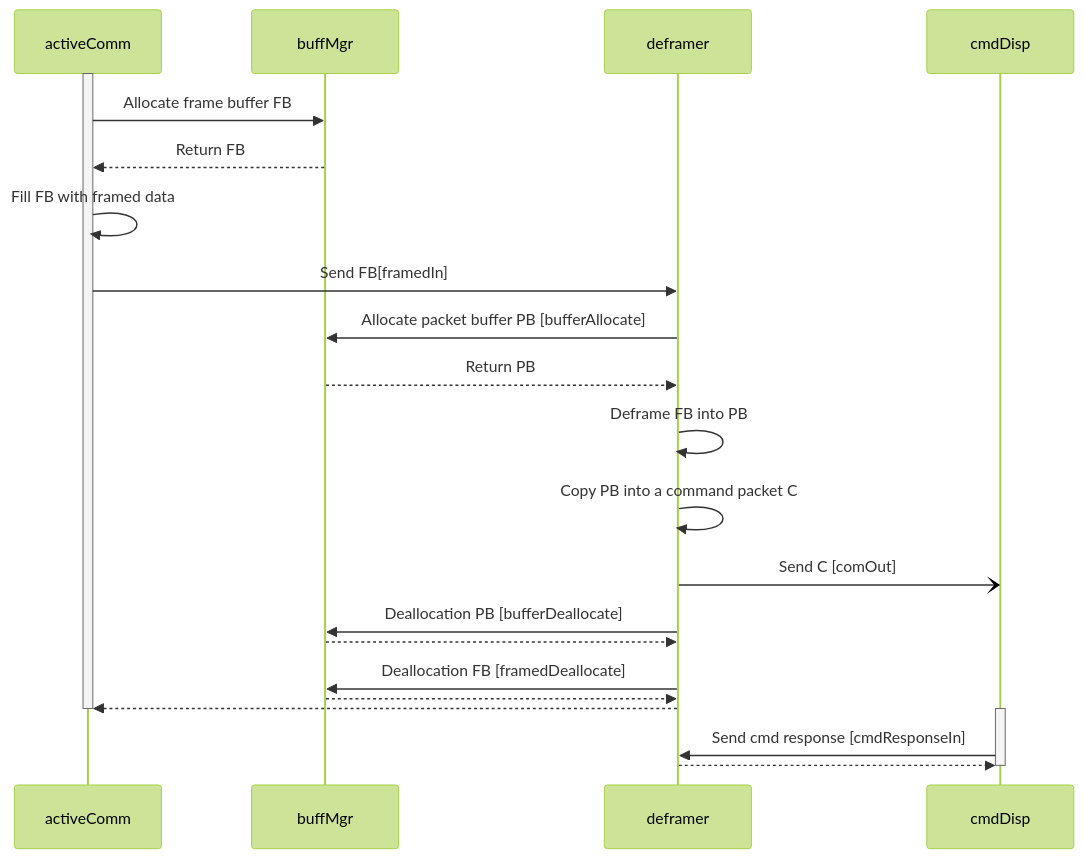
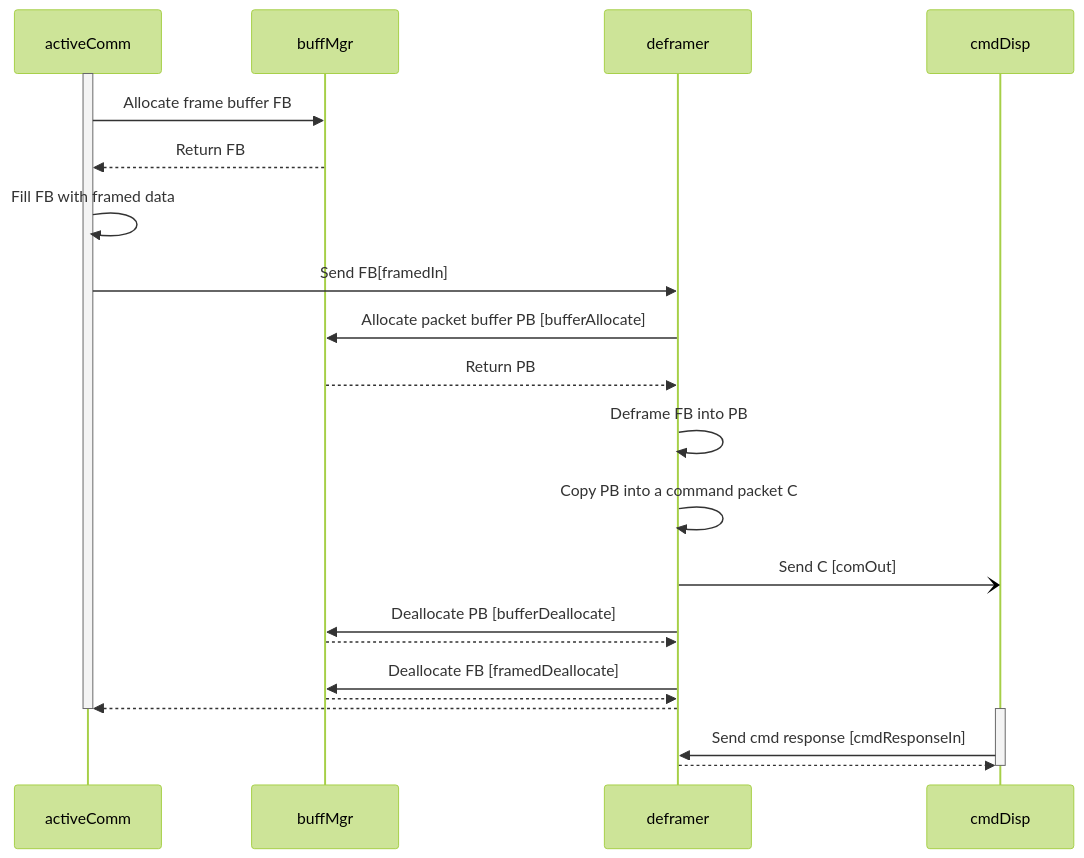
One commit to nasa/fprime changed the second of 5 diagrams in Svc/Deframer/docs/sdd.md. Above: the diagram before and after it, drawn with Mermaid (forest theme).

Commit message:
Fix typo `Deallocation` to `Deallocate`

````diff
--- a/Svc/Deframer/docs/sdd.md
+++ b/Svc/Deframer/docs/sdd.md
@@ -395,23 +395,23 @@
 ```mermaid
 sequenceDiagram
     activate activeComm
     activeComm->>buffMgr: Allocate frame buffer FB
     buffMgr-->>activeComm: Return FB
     activeComm->>activeComm: Fill FB with framed data
     activeComm->>deframer: Send FB[framedIn]
     deframer->>buffMgr: Allocate packet buffer PB [bufferAllocate]
     buffMgr-->>deframer: Return PB
     deframer->>deframer: Deframe FB into PB
     deframer->>deframer: Copy PB into a command packet C
     deframer-)cmdDisp: Send C [comOut]
-    deframer->>buffMgr: Deallocation PB [bufferDeallocate]
+    deframer->>buffMgr: Deallocate PB [bufferDeallocate]
     buffMgr-->>deframer: 
-    deframer->>buffMgr: Deallocation FB [framedDeallocate]
+    deframer->>buffMgr: Deallocate FB [framedDeallocate]
     buffMgr-->>deframer: 
     deframer-->>activeComm: 
     deactivate  activeComm 
     activate cmdDisp
     cmdDisp->>deframer: Send cmd response [cmdResponseIn]
     deframer-->>cmdDisp: 
     deactivate cmdDisp
 ```
````
